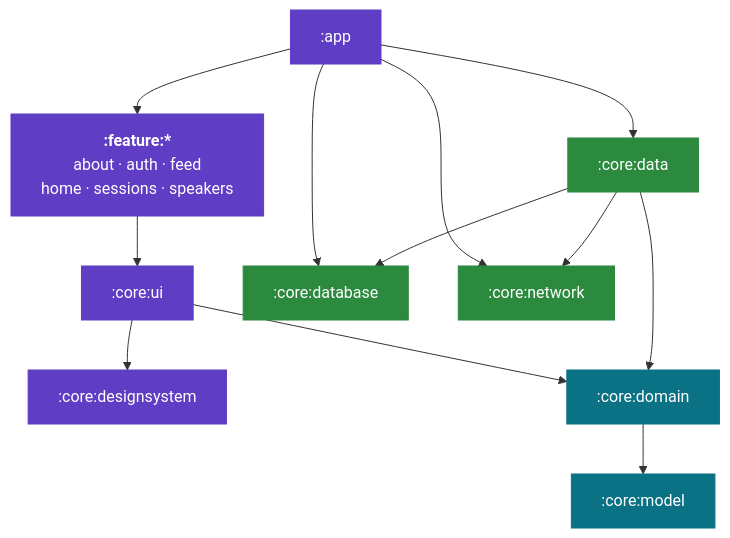
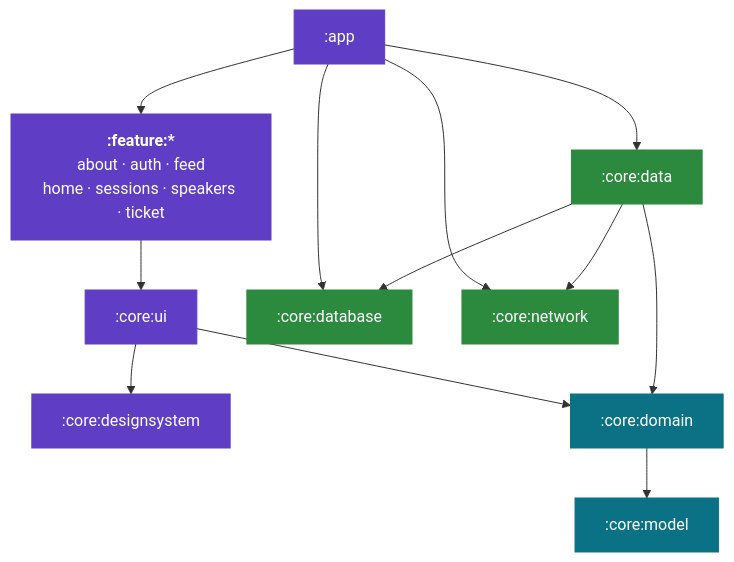
The first of 2 diagrams in README.md (droidconKE/droidconKeKotlin), drawn with Mermaid before and after one commit. The commit also changed other lines of this file and 108 other files, not shown here.

````diff
--- a/README.md
+++ b/README.md
@@ -94,33 +94,33 @@
 ```mermaid
 graph TD
     app[":app"]
-    feature["<b>:feature:*</b><br/>about · auth · feed<br/>home · sessions · speakers"]
+    feature["<b>:feature:*</b><br/>about · auth · feed<br/>home · sessions · speakers · ticket"]
     ui[":core:ui"]
     ds[":core:designsystem"]
     domain[":core:domain"]
     model[":core:model"]
     data[":core:data"]
     database[":core:database"]
     network[":core:network"]
 
     app --> feature
     app --> data
     app --> database
     app --> network
 
     feature --> ui
     ui --> ds
     ui --> domain
     domain --> model
 
     data --> domain
     data --> database
     data --> network
 
     classDef pure fill:#0b7285,stroke:#0b7285,color:#ffffff;
     classDef uic fill:#5f3dc4,stroke:#5f3dc4,color:#ffffff;
     classDef io fill:#2b8a3e,stroke:#2b8a3e,color:#ffffff;
     class domain,model pure;
     class app,feature,ui,ds uic;
     class data,database,network io;
 ```
````
